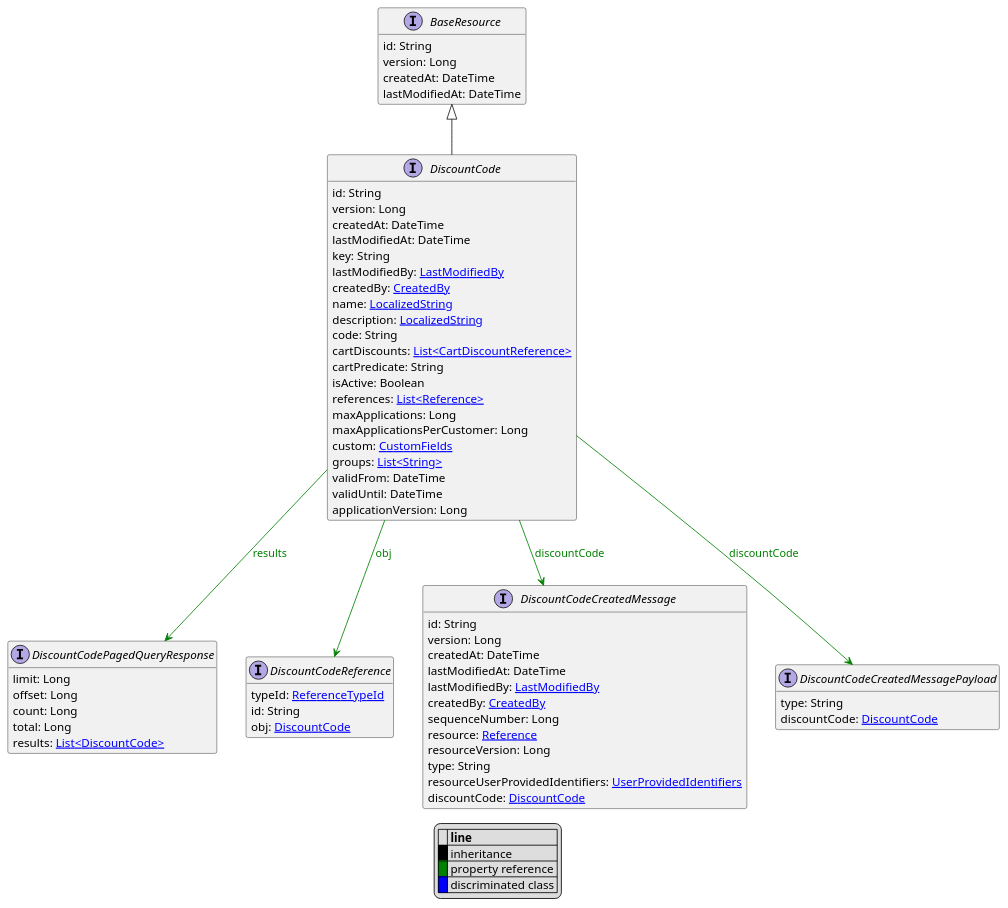
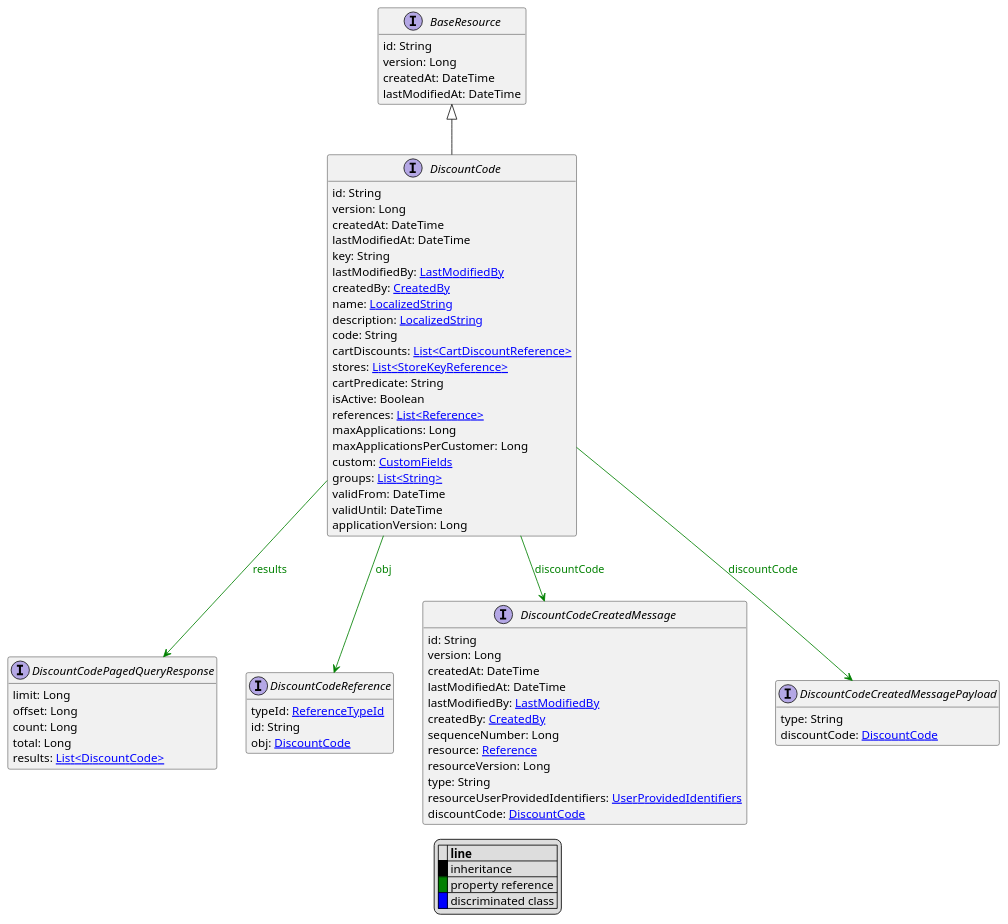
Before and after one commit to commercetools/commercetools-api-reference: the diagram in uml/api/DiscountCode.puml, drawn with PlantUML. The commit also changed 1357 other files, not shown here.

```diff
--- a/uml/api/DiscountCode.puml
+++ b/uml/api/DiscountCode.puml
@@ -1,77 +1,78 @@
 @startuml
 
 hide empty fields
 hide empty methods
 legend
 |= |= line |
 |<back:black>   </back>| inheritance |
 |<back:green>   </back>| property reference |
 |<back:blue>   </back>| discriminated class |
 endlegend
 interface DiscountCode [[DiscountCode.svg]] extends BaseResource {
     id: String
     version: Long
     createdAt: DateTime
     lastModifiedAt: DateTime
     key: String
     lastModifiedBy: [[LastModifiedBy.svg LastModifiedBy]]
     createdBy: [[CreatedBy.svg CreatedBy]]
     name: [[LocalizedString.svg LocalizedString]]
     description: [[LocalizedString.svg LocalizedString]]
     code: String
     cartDiscounts: [[CartDiscountReference.svg List<CartDiscountReference>]]
+    stores: [[StoreKeyReference.svg List<StoreKeyReference>]]
     cartPredicate: String
     isActive: Boolean
     references: [[Reference.svg List<Reference>]]
     maxApplications: Long
     maxApplicationsPerCustomer: Long
     custom: [[CustomFields.svg CustomFields]]
     groups: [[String.svg List<String>]]
     validFrom: DateTime
     validUntil: DateTime
     applicationVersion: Long
 }
 interface BaseResource [[BaseResource.svg]]  {
     id: String
     version: Long
     createdAt: DateTime
     lastModifiedAt: DateTime
 }
 
 
 interface DiscountCodePagedQueryResponse [[DiscountCodePagedQueryResponse.svg]]  {
     limit: Long
     offset: Long
     count: Long
     total: Long
     results: [[DiscountCode.svg List<DiscountCode>]]
 }
 interface DiscountCodeReference [[DiscountCodeReference.svg]]  {
     typeId: [[ReferenceTypeId.svg ReferenceTypeId]]
     id: String
     obj: [[DiscountCode.svg DiscountCode]]
 }
 interface DiscountCodeCreatedMessage [[DiscountCodeCreatedMessage.svg]]  {
     id: String
     version: Long
     createdAt: DateTime
     lastModifiedAt: DateTime
     lastModifiedBy: [[LastModifiedBy.svg LastModifiedBy]]
     createdBy: [[CreatedBy.svg CreatedBy]]
     sequenceNumber: Long
     resource: [[Reference.svg Reference]]
     resourceVersion: Long
     type: String
     resourceUserProvidedIdentifiers: [[UserProvidedIdentifiers.svg UserProvidedIdentifiers]]
     discountCode: [[DiscountCode.svg DiscountCode]]
 }
 interface DiscountCodeCreatedMessagePayload [[DiscountCodeCreatedMessagePayload.svg]]  {
     type: String
     discountCode: [[DiscountCode.svg DiscountCode]]
 }
 
 DiscountCode --> DiscountCodePagedQueryResponse #green;text:green : "results"
 DiscountCode --> DiscountCodeReference #green;text:green : "obj"
 DiscountCode --> DiscountCodeCreatedMessage #green;text:green : "discountCode"
 DiscountCode --> DiscountCodeCreatedMessagePayload #green;text:green : "discountCode"
 @enduml
```
